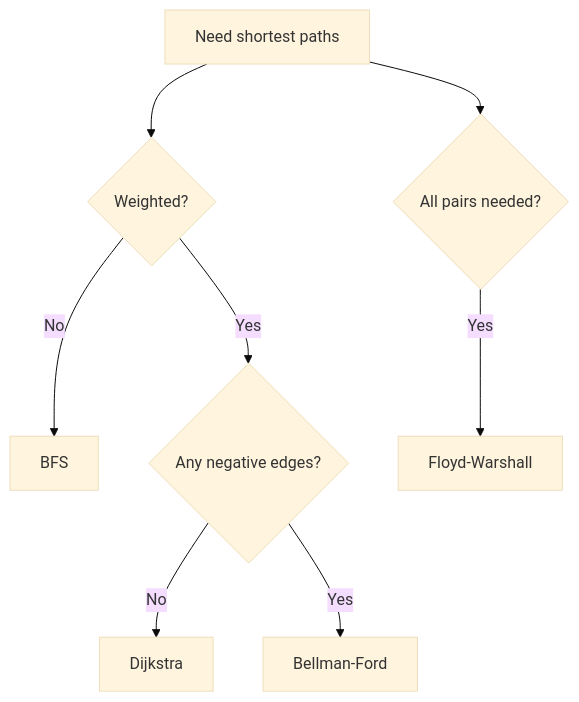
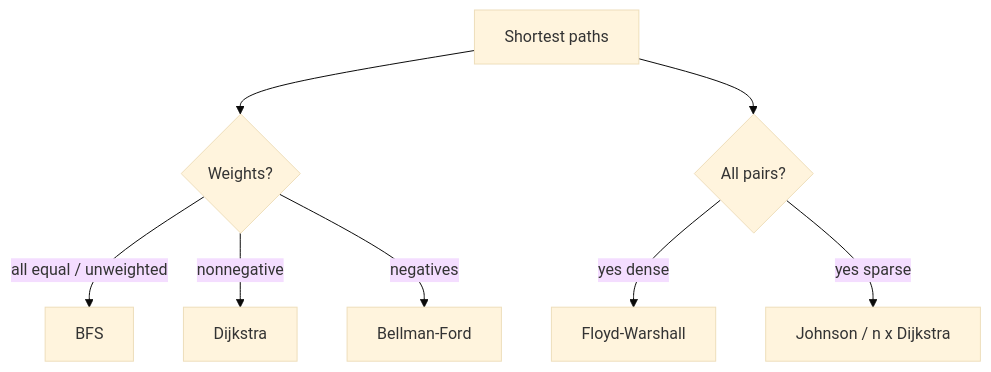
One commit to kanthi/books changed the diagram in books/Maths/content/14-Graph-Theory/03-shortest-paths.md. Above: the diagram before and after it, drawn with Mermaid (base theme). The commit also changed other lines of this file and 45 other files, not shown here.

````diff
--- a/books/Maths/content/14-Graph-Theory/03-shortest-paths.md
+++ b/books/Maths/content/14-Graph-Theory/03-shortest-paths.md
@@ -52,10 +100,10 @@
 ```mermaid
 flowchart TD
-  A[Need shortest paths] --> B{Weighted?}
-  B -- No --> C[BFS]
-  B -- Yes --> D{Any negative edges?}
-  D -- No --> E[Dijkstra]
-  D -- Yes --> F[Bellman-Ford]
-  A --> G{All pairs needed?}
-  G -- Yes --> H[Floyd-Warshall]
+  A[Shortest paths] --> B{Weights?}
+  B -->|all equal / unweighted| C[BFS]
+  B -->|nonnegative| D[Dijkstra]
+  B -->|negatives| E[Bellman-Ford]
+  A --> F{All pairs?}
+  F -->|yes dense| G[Floyd-Warshall]
+  F -->|yes sparse| H[Johnson / n x Dijkstra]
 ```
````
